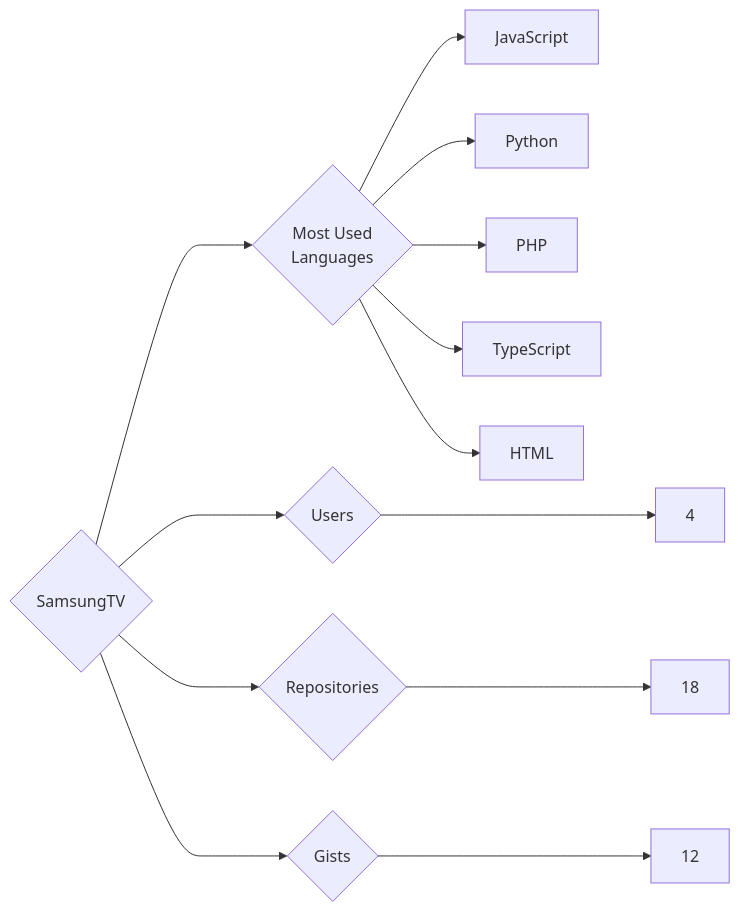
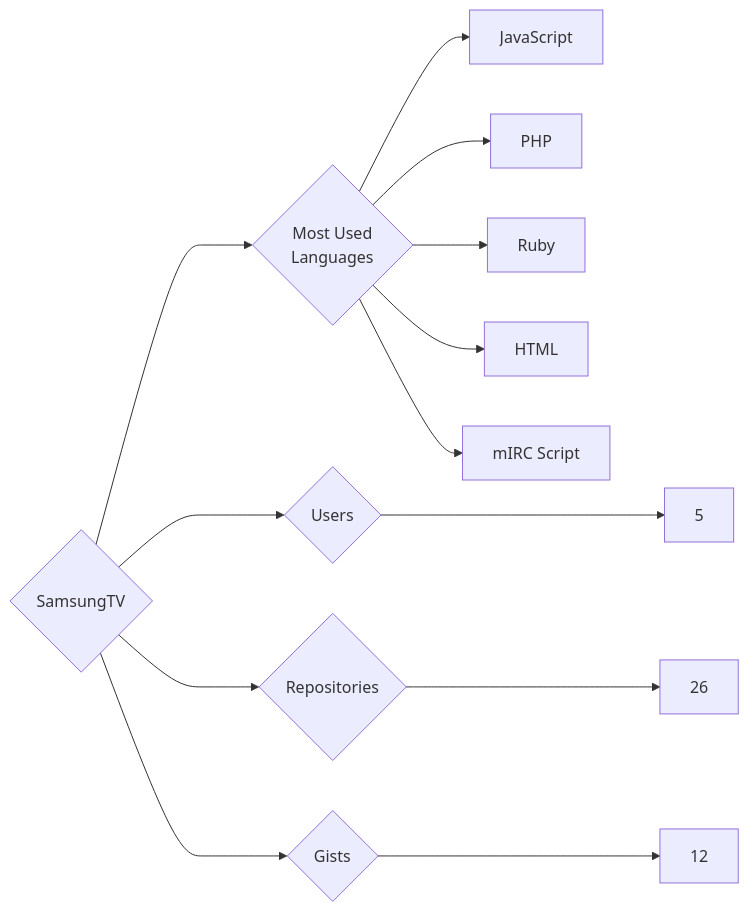
The diagram in targets/SamsungTV/README.md (trickest/insiders), drawn with Mermaid before and after one commit. The commit also changed 1479 other files, not shown here.

````diff
--- a/targets/SamsungTV/README.md
+++ b/targets/SamsungTV/README.md
@@ -3,13 +3,13 @@
 ```mermaid
 graph LR
 COMPANY_NAME{SamsungTV}
-COMPANY_NAME ---> U{Users} ---> UN[4]
-COMPANY_NAME ---> R{Repositories} ---> RN[18]
+COMPANY_NAME ---> U{Users} ---> UN[5]
+COMPANY_NAME ---> R{Repositories} ---> RN[26]
 COMPANY_NAME ---> G{Gists} ---> GN[12]
 COMPANY_NAME ---> ML{Most Used<br>Languages}
 ML --> JavaScript[JavaScript]
-ML --> Python[Python]
 ML --> PHP[PHP]
-ML --> TypeScript[TypeScript]
+ML --> Ruby[Ruby]
 ML --> HTML[HTML]
+ML --> mIRC_Script[mIRC Script]
 ```
````
